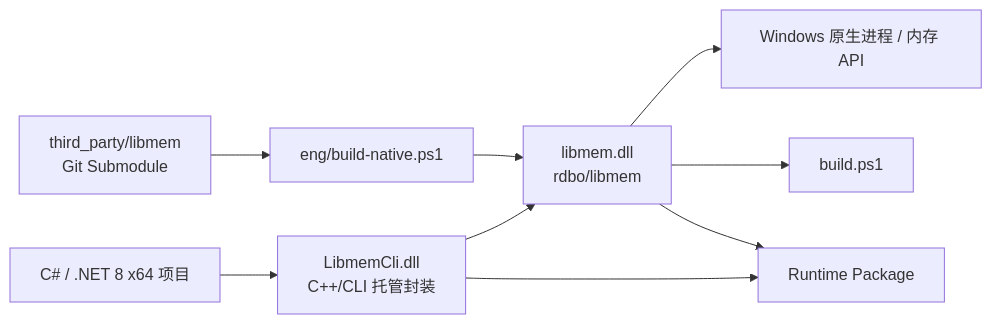
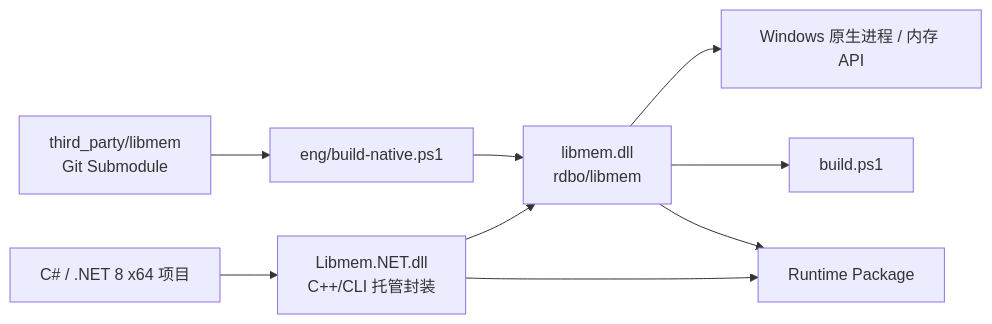
Before and after one commit to CardResearchLab/Libmem.NET: the diagram in README.md, drawn with Mermaid. The commit also changed other lines of this file, not shown here.

Commit message:
docs: migrate README.md references to Libmem.NET

````diff
--- a/README.md
+++ b/README.md
@@ -25,12 +25,12 @@
 ```mermaid
 flowchart LR
-    App["C# / .NET 8 x64 项目"] --> Cli["LibmemCli.dll<br/>C++/CLI 托管封装"]
+    App["C# / .NET 8 x64 项目"] --> Cli["Libmem.NET.dll<br/>C++/CLI 托管封装"]
     Cli --> Native["libmem.dll<br/>rdbo/libmem"]
     Native --> Win["Windows 原生进程 / 内存 API"]
 
     Submodule["third_party/libmem<br/>Git Submodule"] --> NativeBuild["eng/build-native.ps1"]
     NativeBuild --> Native
     Native --> Build["build.ps1"]
     Cli --> Package["Runtime Package"]
     Native --> Package
 ```
````
